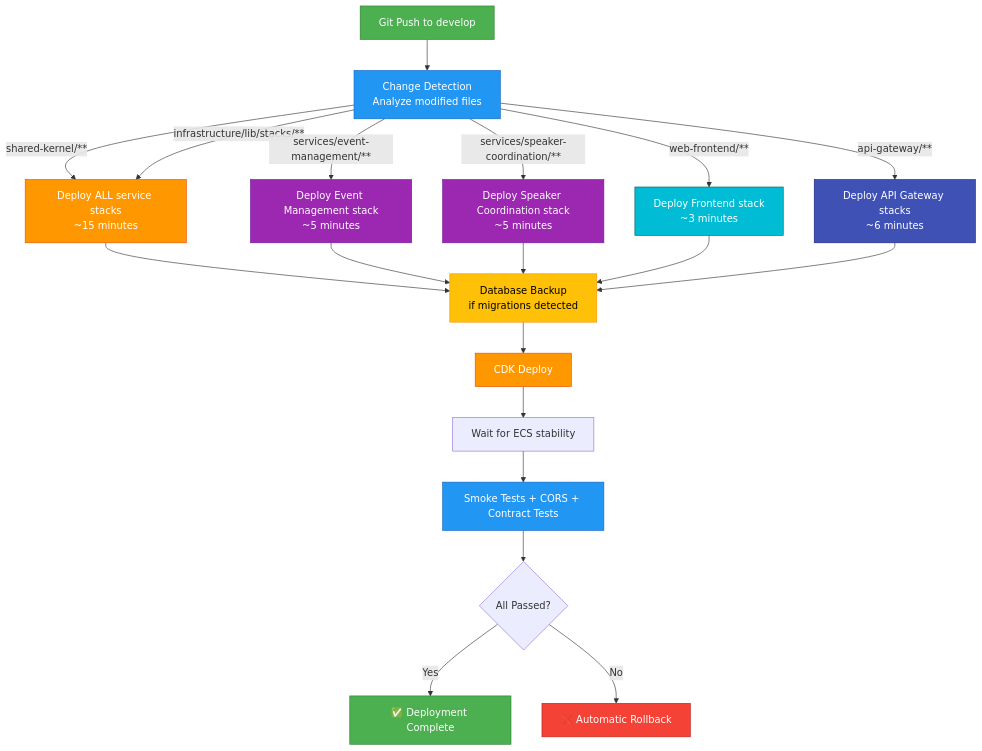
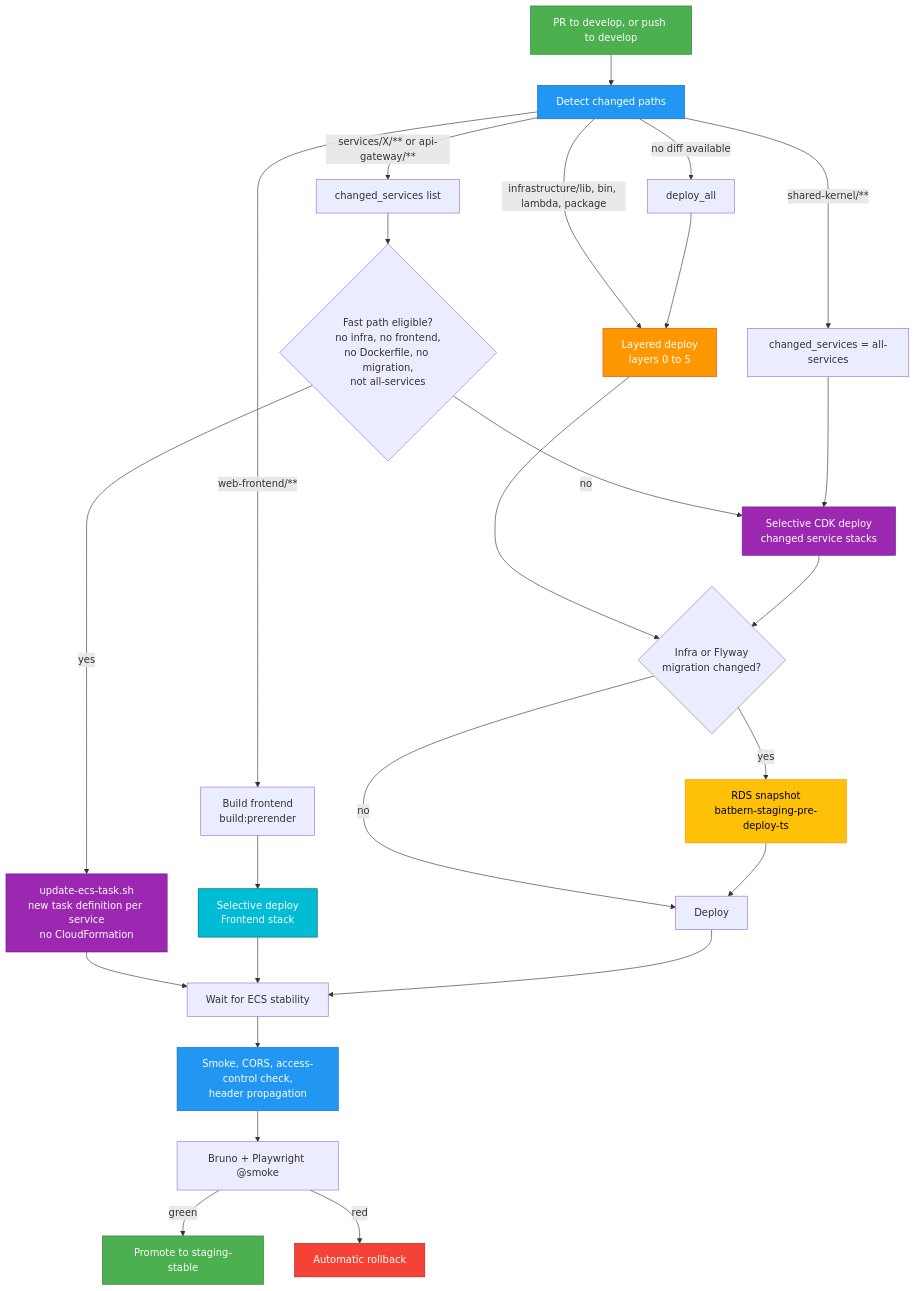
One commit to nissimbuchs/BATbern2 changed diagram 12 of 26 in docs/architecture/02-infrastructure-deployment.md. Above: the diagram before and after it, drawn with Mermaid. The commit also changed other lines of this file and 164 other files, not shown here.

First line of the commit message:
docs: documentation audit before BATbern60 (user guide, screenshots, PRD, architecture diagrams) (#1224)

````diff
--- a/docs/architecture/02-infrastructure-deployment.md
+++ b/docs/architecture/02-infrastructure-deployment.md
@@ -734,33 +683,41 @@
 ```mermaid
 graph TD
-    START[Git Push to develop] --> DETECT[Change Detection<br/>Analyze modified files]
+    START["PR to develop, or push to develop"] --> DETECT["Detect changed paths"]
 
-    DETECT -->|shared-kernel/**| ALL[Deploy ALL service stacks<br/>~15 minutes]
-    DETECT -->|infrastructure/lib/stacks/**| ALL
-    DETECT -->|services/event-management/**| SVC1[Deploy Event Management stack<br/>~5 minutes]
-    DETECT -->|services/speaker-coordination/**| SVC2[Deploy Speaker Coordination stack<br/>~5 minutes]
-    DETECT -->|web-frontend/**| FE[Deploy Frontend stack<br/>~3 minutes]
-    DETECT -->|api-gateway/**| APIGW[Deploy API Gateway stacks<br/>~6 minutes]
+    DETECT -->|"no diff available"| ALLX["deploy_all"]
+    DETECT -->|"infrastructure/lib, bin, lambda, package"| INFRA["Layered deploy<br/>layers 0 to 5"]
+    DETECT -->|"web-frontend/**"| FEB["Build frontend<br/>build:prerender"]
+    DETECT -->|"services/X/** or api-gateway/**"| SVC["changed_services list"]
+    DETECT -->|"shared-kernel/**"| SK["changed_services = all-services"]
 
-    ALL --> BACKUP[Database Backup<br/>if migrations detected]
-    SVC1 & SVC2 & FE & APIGW --> BACKUP
-    BACKUP --> DEPLOY[CDK Deploy]
-    DEPLOY --> WAIT[Wait for ECS stability]
-    WAIT --> TESTS[Smoke Tests + CORS + Contract Tests]
-    TESTS --> SUCCESS{All Passed?}
-    SUCCESS -->|Yes| DONE[✅ Deployment Complete]
-    SUCCESS -->|No| ROLLBACK[❌ Automatic Rollback]
+    ALLX --> INFRA
+    SVC --> FAST{"Fast path eligible?<br/>no infra, no frontend,<br/>no Dockerfile, no migration,<br/>not all-services"}
+    FAST -->|yes| FP["update-ecs-task.sh<br/>new task definition per service<br/>no CloudFormation"]
+    FAST -->|no| SEL["Selective CDK deploy<br/>changed service stacks"]
+    SK --> SEL
+    FEB --> SELF["Selective deploy<br/>Frontend stack"]
+
+    INFRA --> BK{"Infra or Flyway<br/>migration changed?"}
+    SEL --> BK
+    BK -->|yes| SNAP["RDS snapshot<br/>batbern-staging-pre-deploy-ts"]
+    BK -->|no| GO
+    SNAP --> GO["Deploy"]
+    FP --> WAIT
+    SELF --> WAIT
+    GO --> WAIT["Wait for ECS stability"]
+    WAIT --> TESTS["Smoke, CORS, access-control check,<br/>header propagation"]
+    TESTS --> E2E["Bruno + Playwright @smoke"]
+    E2E -->|green| DONE["Promote to staging-stable"]
+    E2E -->|red| ROLLBACK["Automatic rollback"]
 
     style START fill:#4CAF50,stroke:#2E7D32,color:#fff
     style DETECT fill:#2196F3,stroke:#1565C0,color:#fff
-    style ALL fill:#FF9800,stroke:#E65100,color:#fff
-    style SVC1 fill:#9C27B0,stroke:#6A1B9A,color:#fff
-    style SVC2 fill:#9C27B0,stroke:#6A1B9A,color:#fff
-    style FE fill:#00BCD4,stroke:#006064,color:#fff
-    style APIGW fill:#3F51B5,stroke:#1A237E,color:#fff
-    style BACKUP fill:#FFC107,stroke:#FF8F00,color:#000
-    style DEPLOY fill:#FF9800,stroke:#E65100,color:#fff
+    style INFRA fill:#FF9800,stroke:#E65100,color:#fff
+    style FP fill:#9C27B0,stroke:#6A1B9A,color:#fff
+    style SEL fill:#9C27B0,stroke:#6A1B9A,color:#fff
+    style SELF fill:#00BCD4,stroke:#006064,color:#fff
+    style SNAP fill:#FFC107,stroke:#FF8F00,color:#000
     style TESTS fill:#2196F3,stroke:#1565C0,color:#fff
     style DONE fill:#4CAF50,stroke:#2E7D32,color:#fff
     style ROLLBACK fill:#F44336,stroke:#B71C1C,color:#fff
 ```
````
